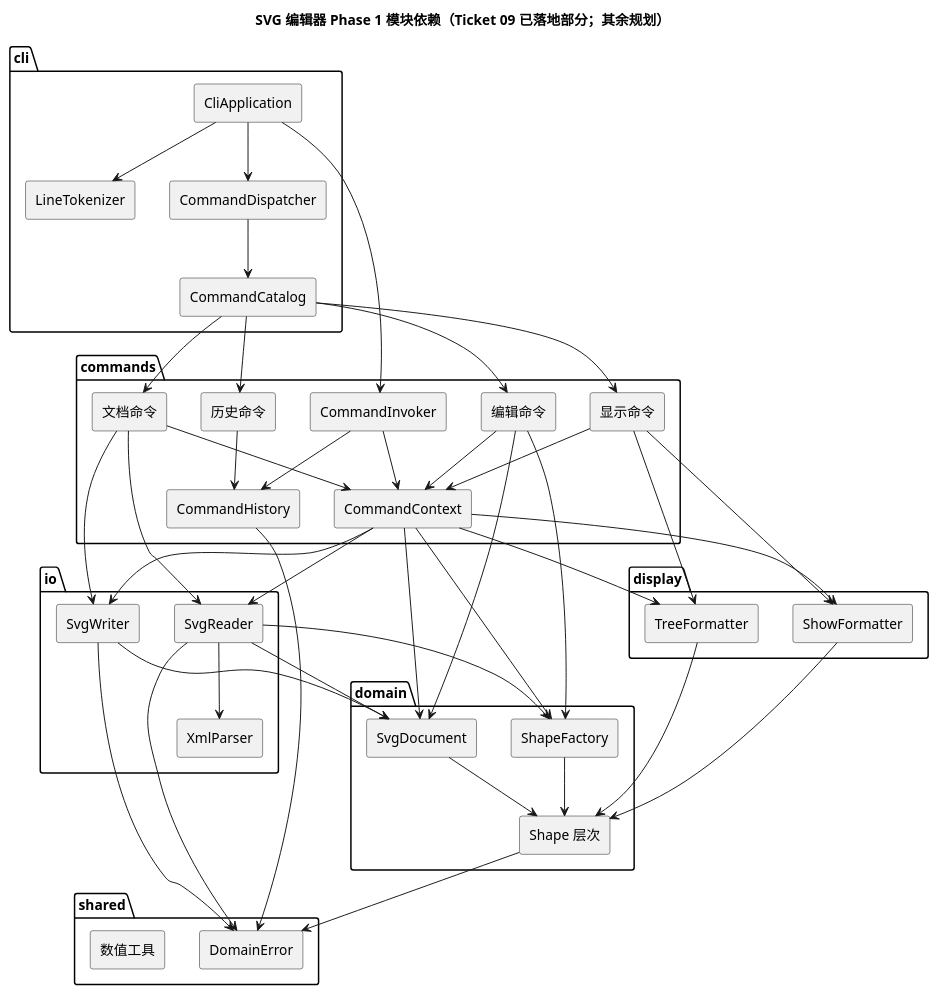
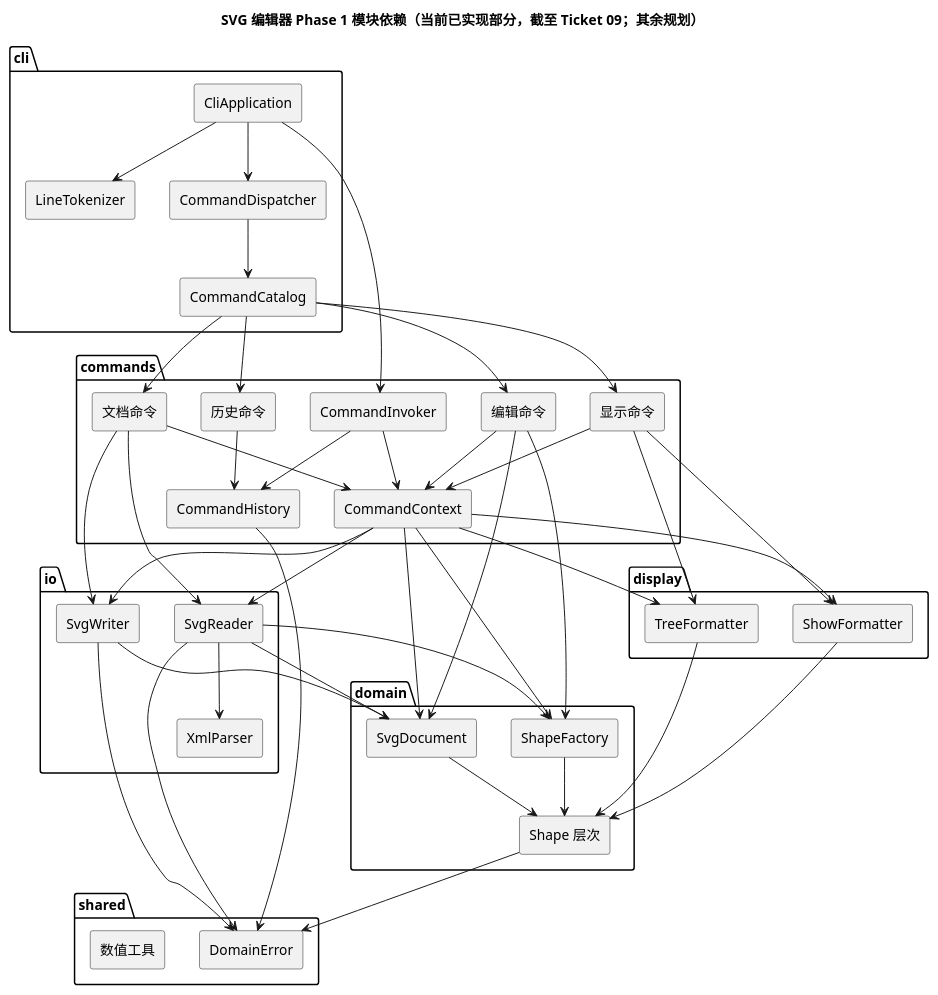
The diagram in doc/architecture.puml (NQC233/svg-editor-lab1), drawn with PlantUML before and after one commit. The commit also changed 5 other files, not shown here.

```diff
--- a/doc/architecture.puml
+++ b/doc/architecture.puml
@@ -1,82 +1,82 @@
 @startuml
 skinparam componentStyle rectangle
-title SVG 编辑器 Phase 1 模块依赖（Ticket 09 已落地部分；其余规划）
+title SVG 编辑器 Phase 1 模块依赖（当前已实现部分，截至 Ticket 09；其余规划）
 
 package "cli" {
   [CliApplication]
   [CommandDispatcher]
   [CommandCatalog]
   [LineTokenizer]
 }
 
 package "commands" {
   [CommandInvoker]
   [CommandHistory]
   [CommandContext]
   [编辑命令]
   [文档命令]
   [显示命令]
   [历史命令]
 }
 
 package "domain" {
   [SvgDocument]
   [Shape 层次]
   [ShapeFactory]
 }
 
 package "io" {
   [SvgReader]
   [SvgWriter]
   [XmlParser]
 }
 
 package "display" {
   [TreeFormatter]
   [ShowFormatter]
 }
 
 package "shared" {
   [DomainError]
   [数值工具]
 }
 
 [CliApplication] --> [LineTokenizer]
 [CliApplication] --> [CommandDispatcher]
 [CliApplication] --> [CommandInvoker]
 [CommandDispatcher] --> [CommandCatalog]
 [CommandCatalog] --> [编辑命令]
 [CommandCatalog] --> [文档命令]
 [CommandCatalog] --> [显示命令]
 [CommandCatalog] --> [历史命令]
 [CommandInvoker] --> [CommandHistory]
 [CommandInvoker] --> [CommandContext]
 [编辑命令] --> [CommandContext]
 [文档命令] --> [CommandContext]
 [显示命令] --> [CommandContext]
 [历史命令] --> [CommandHistory]
 [CommandContext] --> [SvgDocument]
 [CommandContext] --> [SvgReader]
 [CommandContext] --> [SvgWriter]
 [CommandContext] --> [TreeFormatter]
 [CommandContext] --> [ShowFormatter]
 [CommandContext] --> [ShapeFactory]
 [编辑命令] --> [SvgDocument]
 [编辑命令] --> [ShapeFactory]
 [文档命令] --> [SvgReader]
 [文档命令] --> [SvgWriter]
 [显示命令] --> [TreeFormatter]
 [显示命令] --> [ShowFormatter]
 [SvgReader] --> [XmlParser]
 [SvgReader] --> [SvgDocument]
 [SvgReader] --> [ShapeFactory]
 [SvgWriter] --> [SvgDocument]
 [TreeFormatter] --> [Shape 层次]
 [ShowFormatter] --> [Shape 层次]
 [ShapeFactory] --> [Shape 层次]
 [SvgDocument] --> [Shape 层次]
 [Shape 层次] --> [DomainError]
 [SvgReader] --> [DomainError]
 [SvgWriter] --> [DomainError]
 [CommandHistory] --> [DomainError]
 @enduml
```
